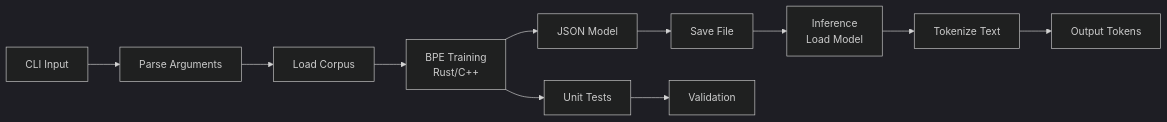
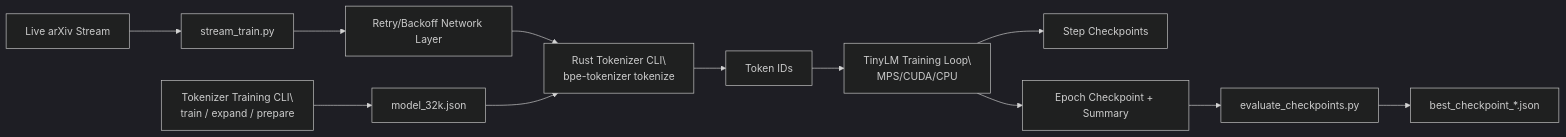
Before and after one commit to upcomingtrillioner12-design/subword_tokenizer: the diagram in doc/architecture.md, drawn with Mermaid (dark theme). The commit also changed other lines of this file and 13 other files, not shown here.

````diff
--- a/doc/architecture.md
+++ b/doc/architecture.md
@@ -3,13 +3,15 @@
 ```mermaid
-graph LR
-    A["CLI Input"] --> B["Parse Arguments"]
-    B --> C["Load Corpus"]
-    C --> D["BPE Training<br/>Rust/C++"]
-    D --> E["JSON Model"]
-    E --> F["Save File"]
-    F --> G["Inference<br/>Load Model"]
-    G --> H["Tokenize Text"]
-    H --> I["Output Tokens"]
-    D --> J["Unit Tests"]
-    J --> K["Validation"]
+flowchart LR
+    A[Live arXiv Stream] --> B[stream_train.py]
+    B --> C[Retry/Backoff Network Layer]
+    C --> D[Rust Tokenizer CLI\\nbpe-tokenizer tokenize]
+    D --> E[Token IDs]
+    E --> F[TinyLM Training Loop\\nMPS/CUDA/CPU]
+    F --> G[Step Checkpoints]
+    F --> H[Epoch Checkpoint + Summary]
+    H --> I[evaluate_checkpoints.py]
+    I --> J[best_checkpoint_*.json]
+
+    K[Tokenizer Training CLI\\ntrain / expand / prepare] --> L[model_32k.json]
+    L --> D
 ```
````
